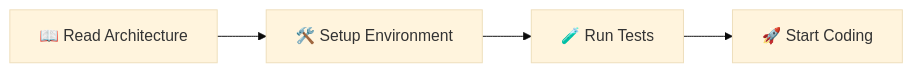
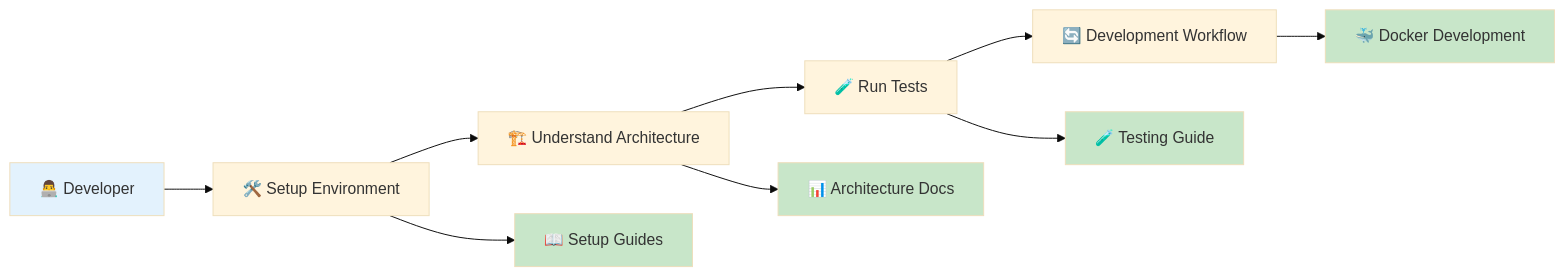
The first of 4 diagrams in docs/README.md (himuexe/Hotel-Booking-Website), drawn with Mermaid (base theme) before and after one commit. The commit also changed other lines of this file and 6 other files, not shown here.

````diff
--- a/docs/README.md
+++ b/docs/README.md
@@ -76,6 +57,18 @@
 ```mermaid
-graph LR
-    A[📖 Read Architecture] --> B[🛠️ Setup Environment]
-    B --> C[🧪 Run Tests]
-    C --> D[🚀 Start Coding]
+flowchart LR
+    A[👨‍💻 Developer] --> B[🛠️ Setup Environment]
+    B --> C[🏗️ Understand Architecture]
+    C --> D[🧪 Run Tests]
+    D --> E[🔄 Development Workflow]
+    
+    B --> B1[📖 Setup Guides]
+    C --> C1[📊 Architecture Docs]
+    D --> D1[🧪 Testing Guide]
+    E --> E1[🐳 Docker Development]
+    
+    style A fill:#e3f2fd
+    style B1 fill:#c8e6c9
+    style C1 fill:#c8e6c9
+    style D1 fill:#c8e6c9
+    style E1 fill:#c8e6c9
 ```
````
